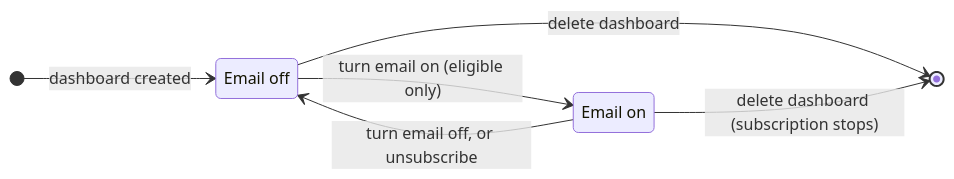
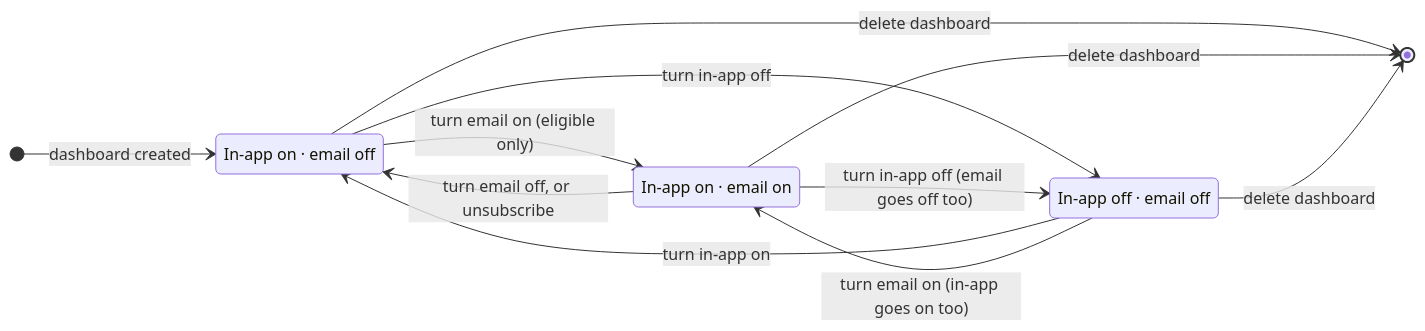
One commit to wri/project-zeno-next changed the diagram in docs/architecture/decisions/0012-email-subscription-status.md. Above: the diagram before and after it, drawn with Mermaid. The commit also changed other lines of this file, not shown here.

First line of the commit message:
docs(adr): adopt Option D and in-app opt-out per dashboard in ADR 0012

````diff
--- a/docs/architecture/decisions/0012-email-subscription-status.md
+++ b/docs/architecture/decisions/0012-email-subscription-status.md
@@ -51,11 +54,17 @@
 ```mermaid
 stateDiagram-v2
     direction LR
-    state "Email off" as Off
-    state "Email on" as On
-    [*] --> Off: dashboard created
-    Off --> On: turn email on (eligible only)
-    On --> Off: turn email off, or unsubscribe
+    state "In-app on · email off" as OnOff
+    state "In-app on · email on" as OnOn
+    state "In-app off · email off" as Off
+    [*] --> OnOff: dashboard created
+    OnOff --> OnOn: turn email on (eligible only)
+    OnOn --> OnOff: turn email off, or unsubscribe
+    OnOff --> Off: turn in-app off
+    OnOn --> Off: turn in-app off (email goes off too)
+    Off --> OnOff: turn in-app on
+    Off --> OnOn: turn email on (in-app goes on too)
+    OnOff --> [*]: delete dashboard
+    OnOn --> [*]: delete dashboard
     Off --> [*]: delete dashboard
-    On --> [*]: delete dashboard (subscription stops)
 ```
````
